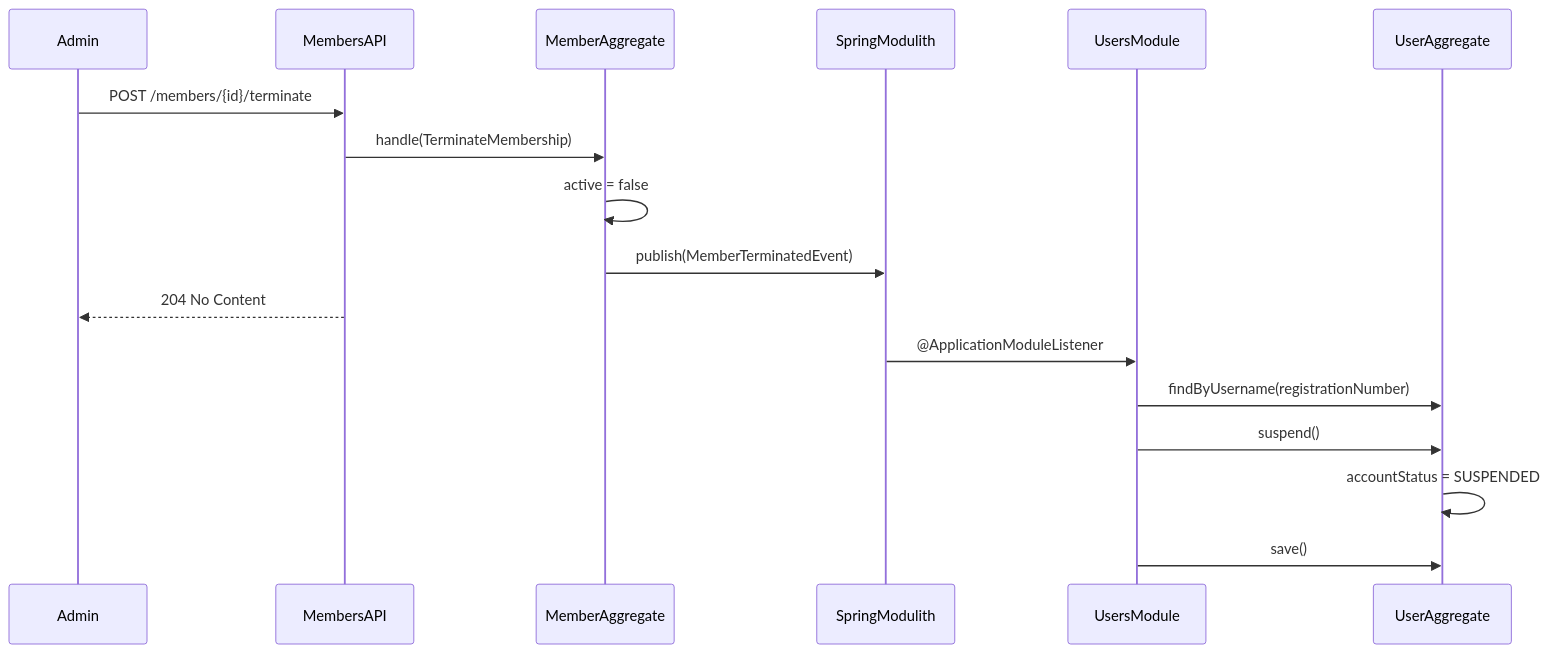
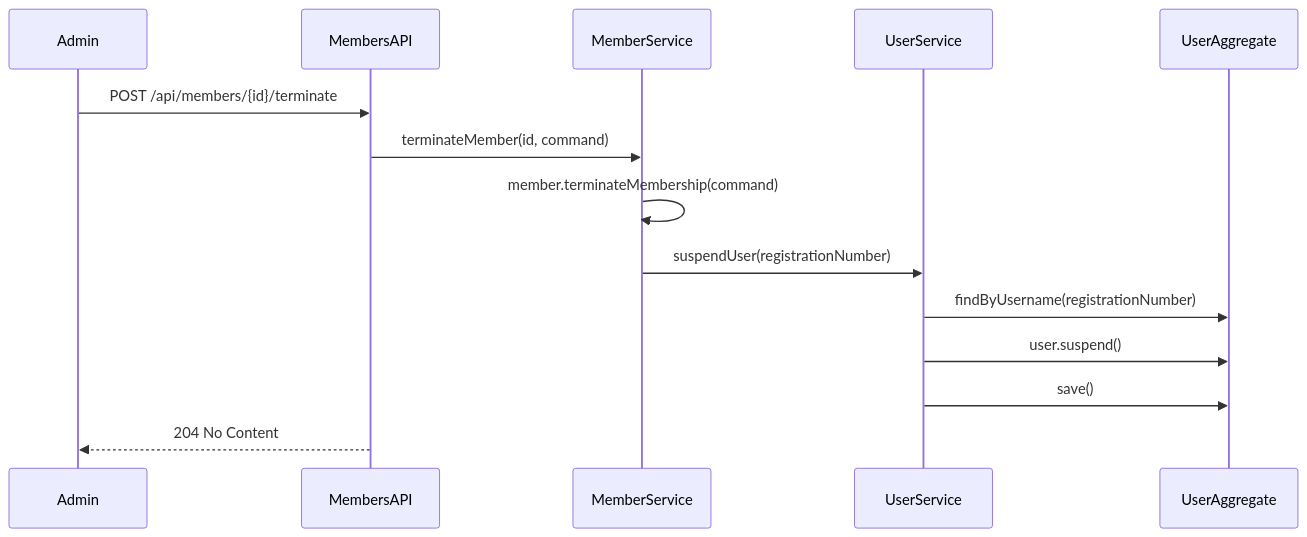
One commit to zabiny/klabis changed the diagram in openspec/changes/member-deactivation-2/proposal.md. Above: the diagram before and after it, drawn with Mermaid. The commit also changed other lines of this file and 4 other files, not shown here.

First line of the commit message:
docs(openspec): refactor member-deactivation-2 to direct service call approach

````diff
--- a/openspec/changes/member-deactivation-2/proposal.md
+++ b/openspec/changes/member-deactivation-2/proposal.md
@@ -43,21 +44,17 @@
 ```mermaid
 sequenceDiagram
     participant Admin
     participant MembersAPI
-    participant MemberAggregate
-    participant SpringModulith
-    participant UsersModule
+    participant MemberService
+    participant UserService
     participant UserAggregate
 
-    Admin->>MembersAPI: POST /members/{id}/terminate
-    MembersAPI->>MemberAggregate: handle(TerminateMembership)
-    MemberAggregate->>MemberAggregate: active = false
-    MemberAggregate->>SpringModulith: publish(MemberTerminatedEvent)
+    Admin->>MembersAPI: POST /api/members/{id}/terminate
+    MembersAPI->>MemberService: terminateMember(id, command)
+    MemberService->>MemberService: member.terminateMembership(command)
+    MemberService->>UserService: suspendUser(registrationNumber)
+    UserService->>UserAggregate: findByUsername(registrationNumber)
+    UserService->>UserAggregate: user.suspend()
+    UserService->>UserAggregate: save()
     MembersAPI-->>Admin: 204 No Content
-
-    SpringModulith->>UsersModule: @ApplicationModuleListener
-    UsersModule->>UserAggregate: findByUsername(registrationNumber)
-    UsersModule->>UserAggregate: suspend()
-    UserAggregate->>UserAggregate: accountStatus = SUSPENDED
-    UsersModule->>UserAggregate: save()
 ```
````
